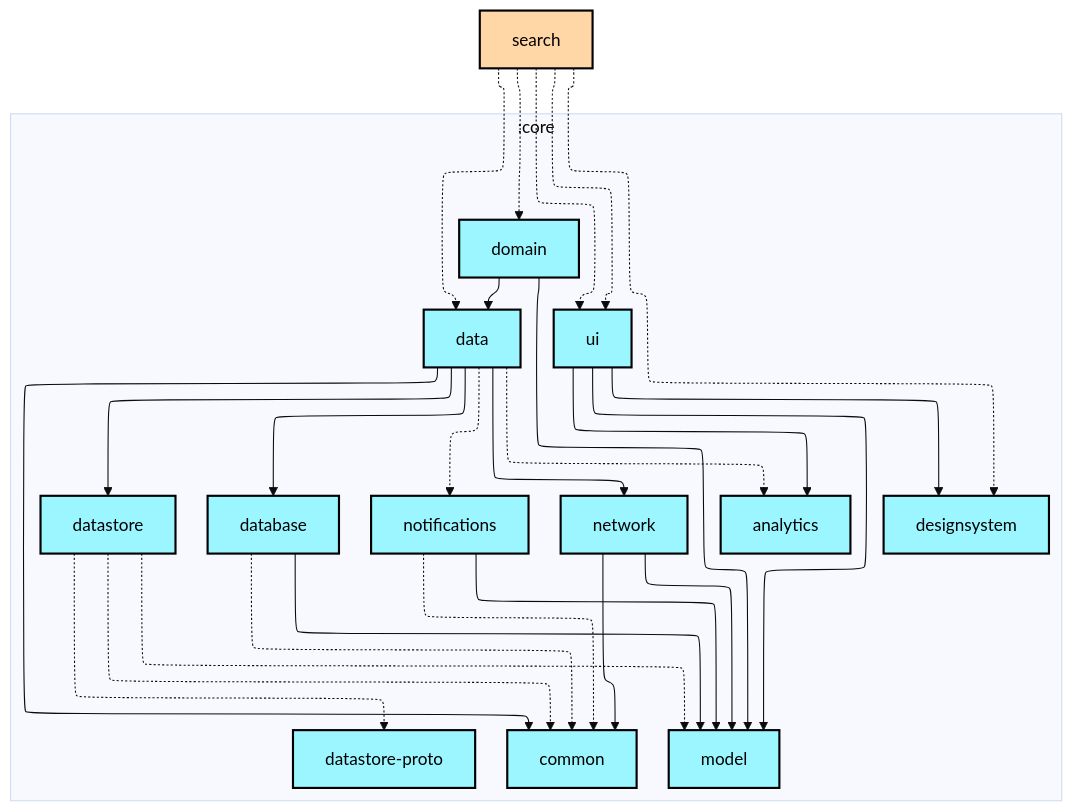
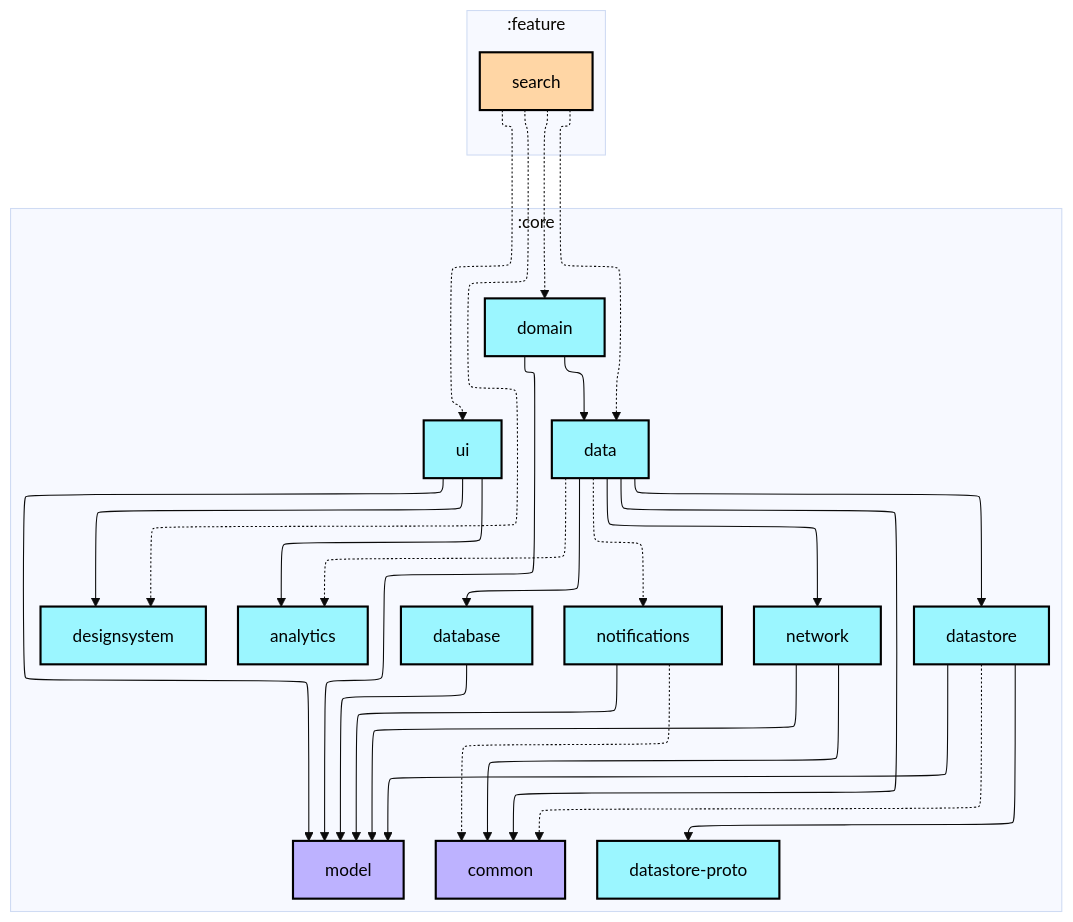
The first of 2 diagrams in feature/search/README.md (lihenggui/nowinkmp), drawn with Mermaid (base theme) before and after one commit. The commit also changed other lines of this file and 26 other files, not shown here.

First line of the commit message:
Revert "Updates module graphs"

````diff
--- a/feature/search/README.md
+++ b/feature/search/README.md
@@ -6,58 +6,59 @@
 ```mermaid
 ---
 config:
   layout: elk
   elk:
     nodePlacementStrategy: SIMPLE
 ---
 graph TB
   subgraph :core
     direction TB
-    :core:analytics[analytics]:::kmp-library
-    :core:common[common]:::kmp-library
-    :core:data[data]:::kmp-library
-    :core:database[database]:::kmp-library
-    :core:datastore[datastore]:::kmp-library
-    :core:datastore-proto[datastore-proto]:::kmp-library
-    :core:designsystem[designsystem]:::kmp-library
-    :core:domain[domain]:::kmp-library
-    :core:model[model]:::kmp-library
-    :core:network[network]:::kmp-library
-    :core:notifications[notifications]:::kmp-library
-    :core:ui[ui]:::kmp-library
+    :core:analytics[analytics]:::android-library
+    :core:common[common]:::jvm-library
+    :core:data[data]:::android-library
+    :core:database[database]:::android-library
+    :core:datastore[datastore]:::android-library
+    :core:datastore-proto[datastore-proto]:::android-library
+    :core:designsystem[designsystem]:::android-library
+    :core:domain[domain]:::android-library
+    :core:model[model]:::jvm-library
+    :core:network[network]:::android-library
+    :core:notifications[notifications]:::android-library
+    :core:ui[ui]:::android-library
   end
-  :feature:search[search]:::cmp-feature
+  subgraph :feature
+    direction TB
+    :feature:search[search]:::android-feature
+  end
 
   :core:data -.-> :core:analytics
   :core:data --> :core:common
   :core:data --> :core:database
   :core:data --> :core:datastore
   :core:data --> :core:network
   :core:data -.-> :core:notifications
-  :core:database -.-> :core:common
   :core:database --> :core:model
   :core:datastore -.-> :core:common
-  :core:datastore -.-> :core:datastore-proto
-  :core:datastore -.-> :core:model
+  :core:datastore --> :core:datastore-proto
+  :core:datastore --> :core:model
   :core:domain --> :core:data
   :core:domain --> :core:model
   :core:network --> :core:common
   :core:network --> :core:model
   :core:notifications -.-> :core:common
   :core:notifications --> :core:model
   :core:ui --> :core:analytics
   :core:ui --> :core:designsystem
   :core:ui --> :core:model
   :feature:search -.-> :core:data
   :feature:search -.-> :core:designsystem
   :feature:search -.-> :core:domain
   :feature:search -.-> :core:ui
-  :feature:search -.-> :core:ui
 
-classDef cmp-application fill:#CAFFBF,stroke:#000,stroke-width:2px,color:#000;
-classDef cmp-feature fill:#FFD6A5,stroke:#000,stroke-width:2px,color:#000;
-classDef kmp-library fill:#9BF6FF,stroke:#000,stroke-width:2px,color:#000;
+classDef android-application fill:#CAFFBF,stroke:#000,stroke-width:2px,color:#000;
+classDef android-feature fill:#FFD6A5,stroke:#000,stroke-width:2px,color:#000;
+classDef android-library fill:#9BF6FF,stroke:#000,stroke-width:2px,color:#000;
+classDef android-test fill:#A0C4FF,stroke:#000,stroke-width:2px,color:#000;
 classDef jvm-library fill:#BDB2FF,stroke:#000,stroke-width:2px,color:#000;
-classDef android-test fill:#A0C4FF,stroke:#000,stroke-width:2px,color:#000;
 classDef unknown fill:#FFADAD,stroke:#000,stroke-width:2px,color:#000;
 ```
````
